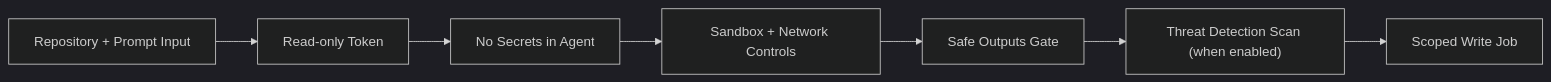
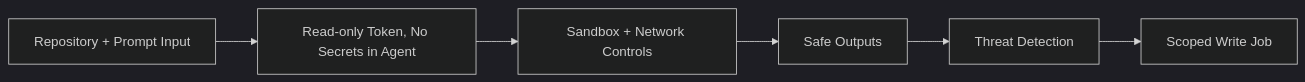
Before and after one commit to githubnext/gh-aw: the diagram in docs/src/content/docs/index.mdx, drawn with Mermaid (dark theme). The commit also changed other lines of this file and 55 other files, not shown here.

````diff
--- a/docs/src/content/docs/index.mdx
+++ b/docs/src/content/docs/index.mdx
@@ -76,9 +67,8 @@
 ```mermaid
 flowchart LR
-    INPUT["Repository + Prompt Input"] --> TOKENS["Read-only Token"]
-    TOKENS --> SECRETS["No Secrets in Agent"]
-    SECRETS --> SANDBOX["Sandbox + Network Controls"]
-    SANDBOX --> SAFE["Safe Outputs Gate"]
-    SAFE --> DETECT["Threat Detection Scan (when enabled)"]
+    INPUT["Repository + Prompt Input"] --> TOKENS["Read-only Token, No Secrets in Agent"]
+    TOKENS --> SANDBOX["Sandbox + Network Controls"]
+    SANDBOX --> SAFE["Safe Outputs"]
+    SAFE --> DETECT["Threat Detection"]
     DETECT --> APPLY["Scoped Write Job"]
 ```
````
